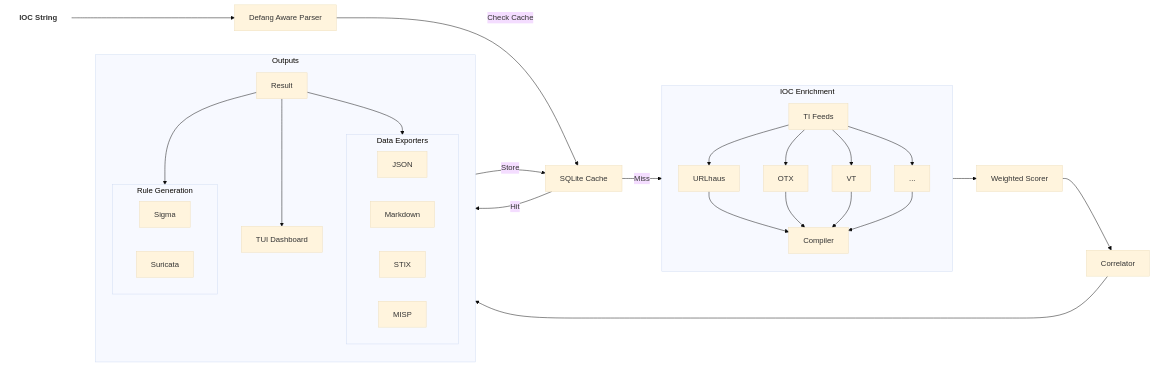
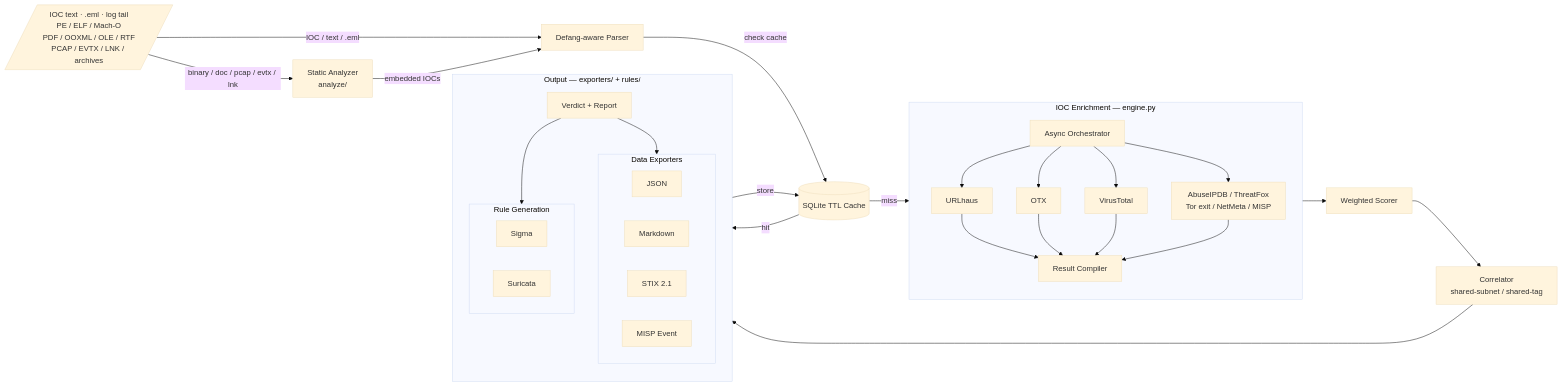
The diagram in README.md (platinum2high/ioc-hunter), drawn with Mermaid (base theme) before and after one commit. The commit also changed other lines of this file and 2 other files, not shown here.

Commit message:
docs: refresh README architecture diagram, hero demo, and CLI help
- Update the mermaid diagram to show the analyze/ static-analysis
  pipeline (PE/ELF/Mach-O/PDF/PCAP/EVTX/LNK), which was missing
- Add a hero demo GIF built from the existing deterministic SVG
  screenshots (check/scan-file/parse-eml/analyze)
- Add usage examples to --help for the app and the check/analyze/
  report commands

````diff
--- a/README.md
+++ b/README.md
@@ -715,63 +720,60 @@
 ```mermaid
 flowchart LR
     %% Node Definitions
-    IOC[IOC String]
-    Parser[Defang Aware Parser]
-    Cache[SQLite Cache]
+    Input[/"IOC text · .eml · log tail\nPE / ELF / Mach-O\nPDF / OOXML / OLE / RTF\nPCAP / EVTX / LNK / archives"/]
+    Parser["Defang-aware Parser"]
+    Analyzer["Static Analyzer<br/>analyze/"]
+    Cache[("SQLite TTL Cache")]
 
-    subgraph Enrichment [IOC Enrichment]
+    subgraph Enrichment ["IOC Enrichment — engine.py"]
         direction TB
-        Orchestrator[TI Feeds]
-        Compiler[Compiler]
+        Orchestrator[Async Orchestrator]
+        Compiler[Result Compiler]
 
         Orchestrator --> URLHaus[URLhaus]
         Orchestrator --> OTX[OTX]
-        Orchestrator --> VT[VT]
-        Orchestrator --> More[...]
+        Orchestrator --> VT[VirusTotal]
+        Orchestrator --> More["AbuseIPDB / ThreatFox<br/>Tor exit / NetMeta / MISP"]
 
         URLHaus --> Compiler
         OTX --> Compiler
         VT --> Compiler
         More --> Compiler
     end
 
     Scorer[Weighted Scorer]
-    Correlator[Correlator]
+    Correlator["Correlator<br/>shared-subnet / shared-tag"]
 
-    subgraph Output [Outputs]
+    subgraph Output ["Output — exporters/ + rules/"]
         direction TB
-        Result
+        Result[Verdict + Report]
 
-        subgraph Exporters [Data Exporters]
+        subgraph Exporters ["Data Exporters"]
             JSON[JSON]
             MD[Markdown]
-            STIX[STIX]
-            MISP[MISP]
+            STIX[STIX 2.1]
+            MISP[MISP Event]
         end
 
-        subgraph RuleGen [Rule Generation]
+        subgraph RuleGen ["Rule Generation"]
             Sigma[Sigma]
             Suricata[Suricata]
         end
-
-        Dashboard[TUI Dashboard]
     end
 
     %% Flow Connections
-    IOC --> Parser
-    Parser --> |Check Cache| Cache
+    Input -->|IOC / text / .eml| Parser
+    Input -->|binary / doc / pcap / evtx / lnk| Analyzer
+    Analyzer -->|embedded IOCs| Parser
+    Parser -->|check cache| Cache
 
-    Cache -->|Hit| Output
-    Cache -->|Miss| Orchestrator
+    Cache -->|hit| Result
+    Cache -->|miss| Orchestrator
 
     Compiler --> Scorer
     Scorer --> Correlator
     Correlator --> Result
-    Result -->|Store| Cache
+    Result -->|store| Cache
     Result --> Exporters
     Result --> RuleGen
-    Result --> Dashboard
-
-    %% Styling
-    style IOC fill:none,stroke:none,font-weight:bold
 ```
````
